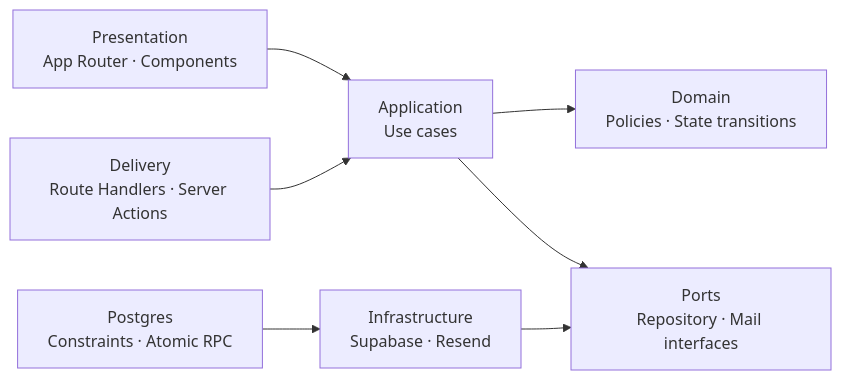
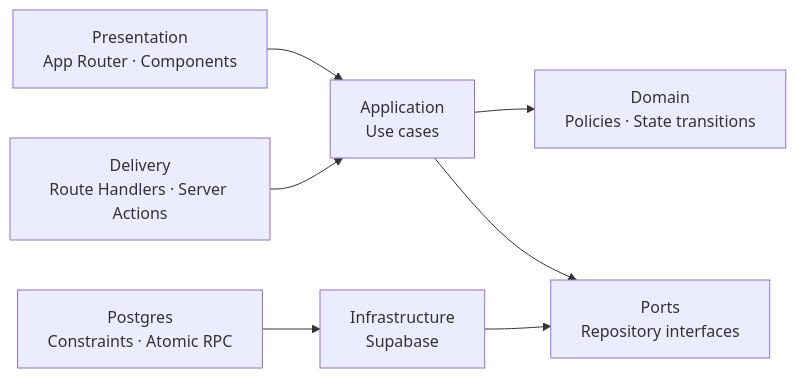
One commit to boothboothch-arch/boothbooth changed the second of 2 diagrams in docs/TECHNICAL_DESIGN.md. Above: the diagram before and after it, drawn with Mermaid. The commit also changed other lines of this file and 47 other files, not shown here.

````diff
--- a/docs/TECHNICAL_DESIGN.md
+++ b/docs/TECHNICAL_DESIGN.md
@@ -784,9 +734,9 @@
 ```mermaid
 flowchart LR
   UI["Presentation<br/>App Router · Components"] --> APP["Application<br/>Use cases"]
   API["Delivery<br/>Route Handlers · Server Actions"] --> APP
   APP --> DOMAIN["Domain<br/>Policies · State transitions"]
-  APP --> PORTS["Ports<br/>Repository · Mail interfaces"]
-  INFRA["Infrastructure<br/>Supabase · Resend"] --> PORTS
+  APP --> PORTS["Ports<br/>Repository interfaces"]
+  INFRA["Infrastructure<br/>Supabase"] --> PORTS
   DB["Postgres<br/>Constraints · Atomic RPC"] --> INFRA
 ```
````
